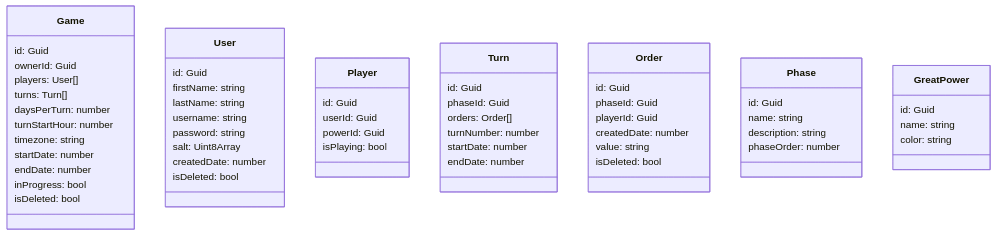
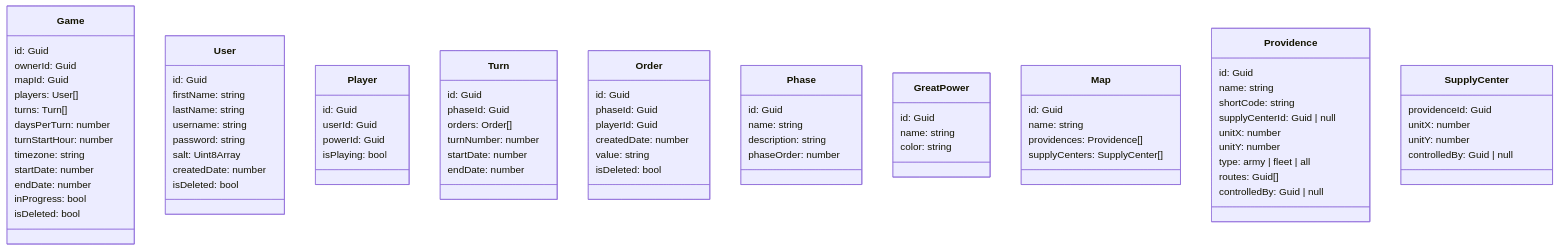
One commit to JHerget/diplomacy-api changed the diagram in README.md. Above: the diagram before and after it, drawn with Mermaid.

Commit message:
add map models

````diff
--- a/README.md
+++ b/README.md
@@ -5,6 +5,7 @@
     class Game {
         id: Guid
         ownerId: Guid
+        mapId: Guid
         players: User[]
         turns: Turn[]
         daysPerTurn: number
@@ -64,4 +65,30 @@
         name: string
         color: string
     }
+
+    class Map {
+        id: Guid
+        name: string
+        providences: Providence[]
+        supplyCenters: SupplyCenter[]
+    }
+
+    class Providence {
+        id: Guid
+        name: string
+        shortCode: string
+        supplyCenterId: Guid | null
+        unitX: number
+        unitY: number
+        type: army | fleet | all
+        routes: Guid[]
+        controlledBy: Guid | null
+    }
+
+    class SupplyCenter {
+        providenceId: Guid
+        unitX: number
+        unitY: number
+        controlledBy: Guid | null
+    }
 ```
````
